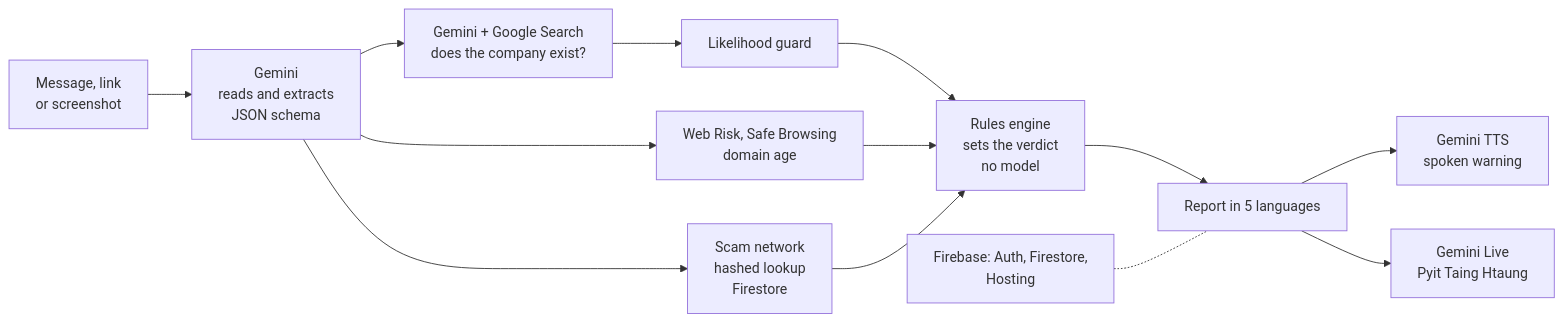
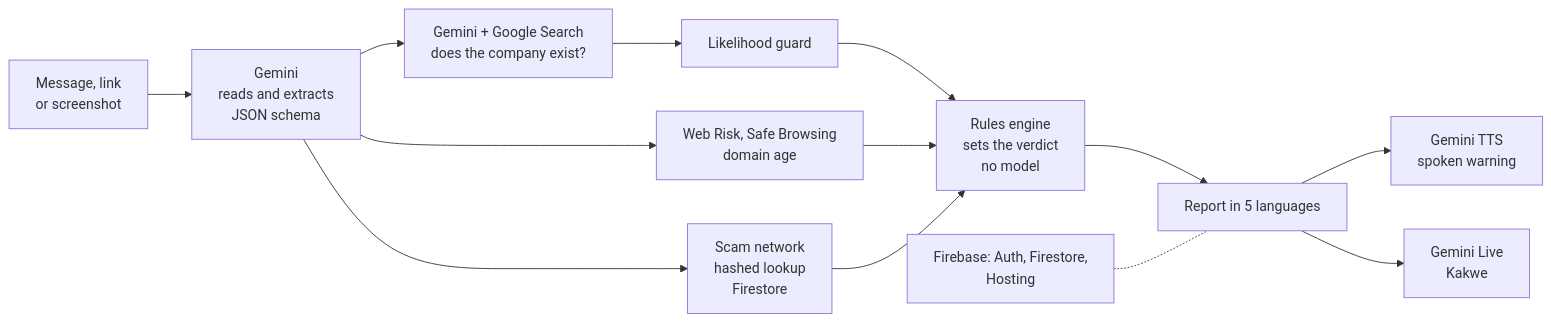
The diagram in pitch/video-script.md (minthein128/scamshield), drawn with Mermaid before and after one commit. The commit also changed other lines of this file, not shown here.

Commit message:
docs: align video script with build 1.0.269 (Kakwe companion, per-tap capture)

````diff
--- a/pitch/video-script.md
+++ b/pitch/video-script.md
@@ -50,15 +50,15 @@
 ```mermaid
 flowchart LR
   IN[Message, link<br/>or screenshot] --> X[Gemini<br/>reads and extracts<br/>JSON schema]
   X --> GR[Gemini + Google Search<br/>does the company exist?]
   X --> L[Web Risk, Safe Browsing<br/>domain age]
   X --> N[Scam network<br/>hashed lookup<br/>Firestore]
   GR --> G[Likelihood guard]
   G --> S[Rules engine<br/>sets the verdict<br/>no model]
   L --> S
   N --> S
   S --> R[Report in 5 languages]
   R --> V[Gemini TTS<br/>spoken warning]
-  R --> LV[Gemini Live<br/>Pyit Taing Htaung]
+  R --> LV[Gemini Live<br/>Kakwe]
   FB[Firebase: Auth, Firestore,<br/>Hosting] -.- R
 ```
````
